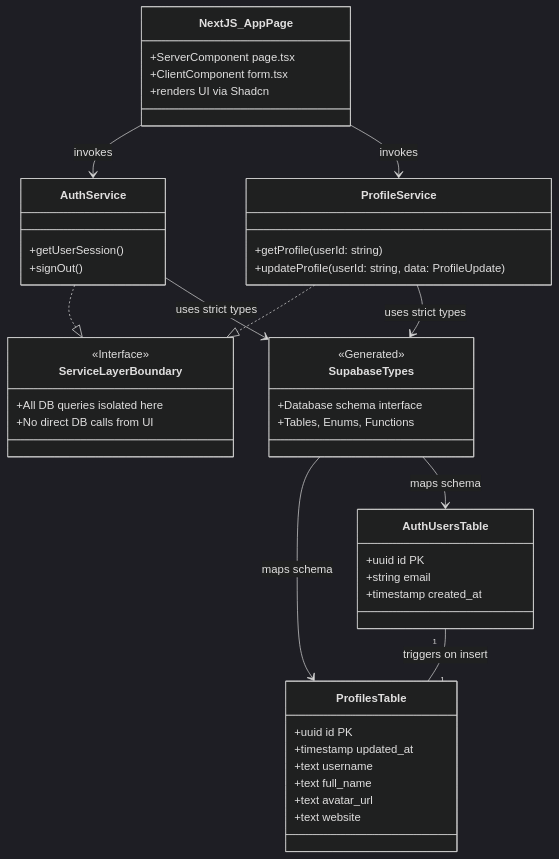
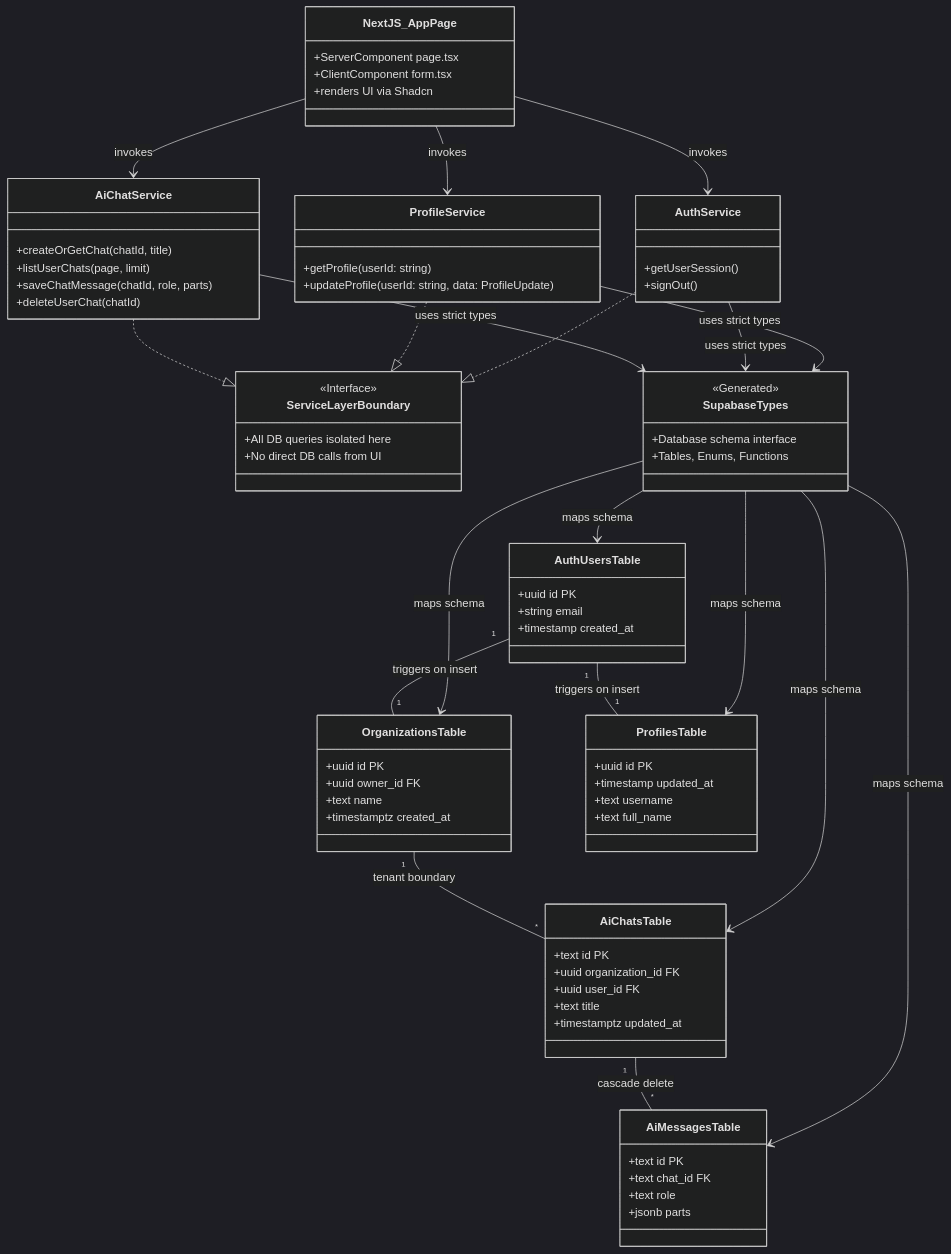
Before and after one commit to Danncode10/DannFlow: the diagram in docs/diagrams/domain-architecture.md, drawn with Mermaid (dark theme). The commit also changed 7 other files, not shown here.

Commit message:
docs: add JuanStack architecture documentation and update diagrams and project notes

````diff
--- a/docs/diagrams/domain-architecture.md
+++ b/docs/diagrams/domain-architecture.md
@@ -26,6 +26,13 @@
         +updateProfile(userId: string, data: ProfileUpdate)
     }
 
+    class AiChatService {
+        +createOrGetChat(chatId, title)
+        +listUserChats(page, limit)
+        +saveChatMessage(chatId, role, parts)
+        +deleteUserChat(chatId)
+    }
+
     class ServiceLayerBoundary {
         <<Interface>>
         +All DB queries isolated here
@@ -40,13 +47,33 @@
     }
 
     %% Backend Entities (Supabase PostgreSQL)
+    class OrganizationsTable {
+        +uuid id PK
+        +uuid owner_id FK
+        +text name
+        +timestamptz created_at
+    }
+
+    class AiChatsTable {
+        +text id PK
+        +uuid organization_id FK
+        +uuid user_id FK
+        +text title
+        +timestamptz updated_at
+    }
+
+    class AiMessagesTable {
+        +text id PK
+        +text chat_id FK
+        +text role
+        +jsonb parts
+    }
+
     class ProfilesTable {
         +uuid id PK
         +timestamp updated_at
         +text username
         +text full_name
-        +text avatar_url
-        +text website
     }
 
     class AuthUsersTable {
@@ -58,13 +85,23 @@
     %% Relationships
     NextJS_AppPage --> AuthService : invokes
     NextJS_AppPage --> ProfileService : invokes
+    NextJS_AppPage --> AiChatService : invokes
     AuthService ..|> ServiceLayerBoundary
     ProfileService ..|> ServiceLayerBoundary
+    AiChatService ..|> ServiceLayerBoundary
 
     ProfileService --> SupabaseTypes : uses strict types
     AuthService --> SupabaseTypes : uses strict types
+    AiChatService --> SupabaseTypes : uses strict types
 
+    SupabaseTypes --> OrganizationsTable : maps schema
+    SupabaseTypes --> AiChatsTable : maps schema
+    SupabaseTypes --> AiMessagesTable : maps schema
     SupabaseTypes --> ProfilesTable : maps schema
     SupabaseTypes --> AuthUsersTable : maps schema
+
     AuthUsersTable "1" -- "1" ProfilesTable : triggers on insert
+    AuthUsersTable "1" -- "1" OrganizationsTable : triggers on insert
+    OrganizationsTable "1" -- "*" AiChatsTable : tenant boundary
+    AiChatsTable "1" -- "*" AiMessagesTable : cascade delete
 ```
````
